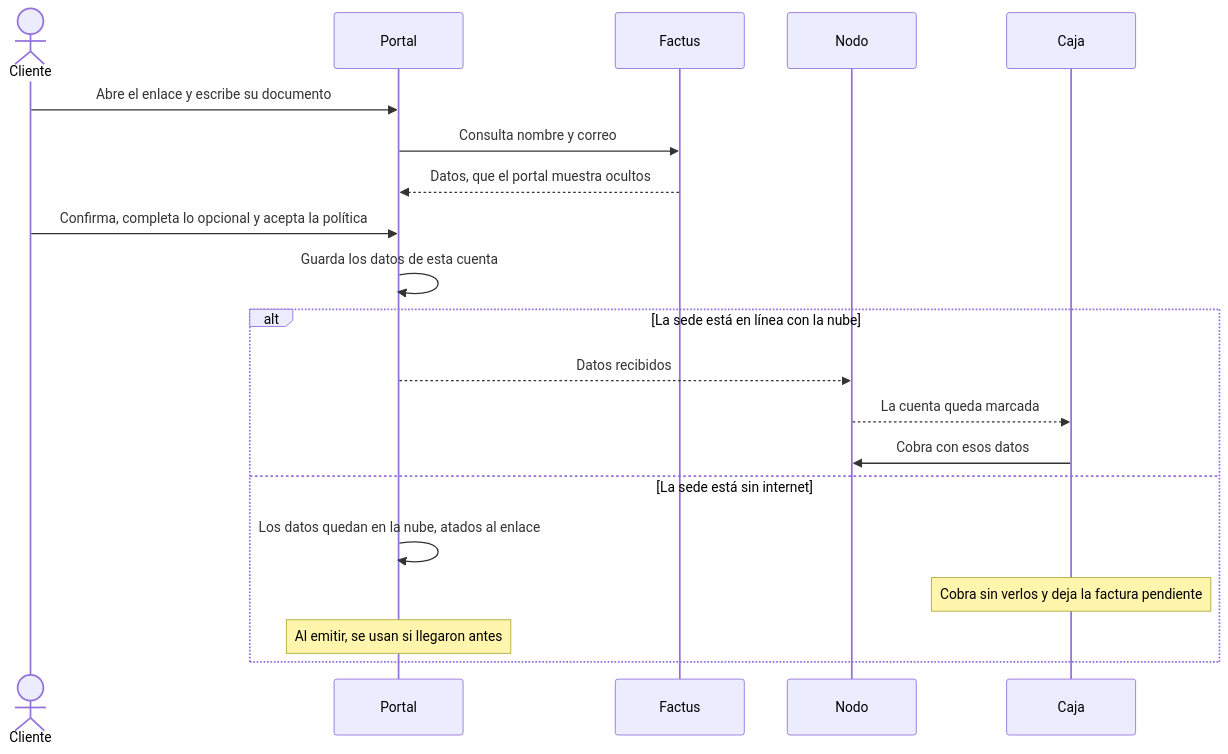
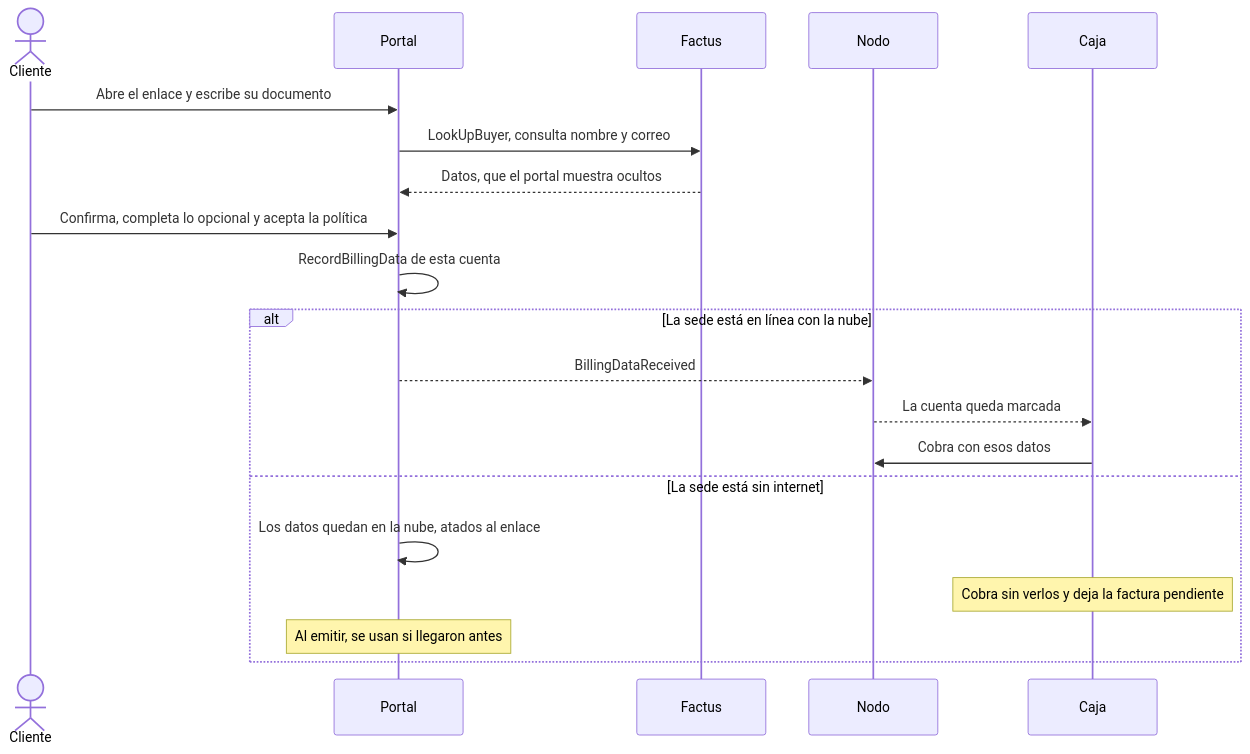
One commit to CesarJOtizM/blackHole changed the third of 5 diagrams in docs/flujos/m3-facturacion.md. Above: the diagram before and after it, drawn with Mermaid. The commit also changed other lines of this file and 159 other files, not shown here.

````diff
--- a/docs/flujos/m3-facturacion.md
+++ b/docs/flujos/m3-facturacion.md
@@ -67,23 +66,23 @@
 ```mermaid
 sequenceDiagram
   actor Cliente
   participant Portal as Portal
   participant Factus
   participant Nodo
   participant Caja
 
   Cliente->>Portal: Abre el enlace y escribe su documento
-  Portal->>Factus: Consulta nombre y correo
+  Portal->>Factus: LookUpBuyer, consulta nombre y correo
   Factus-->>Portal: Datos, que el portal muestra ocultos
   Cliente->>Portal: Confirma, completa lo opcional y acepta la política
-  Portal->>Portal: Guarda los datos de esta cuenta
+  Portal->>Portal: RecordBillingData de esta cuenta
   alt La sede está en línea con la nube
-    Portal-->>Nodo: Datos recibidos
+    Portal-->>Nodo: BillingDataReceived
     Nodo-->>Caja: La cuenta queda marcada
     Caja->>Nodo: Cobra con esos datos
   else La sede está sin internet
     Portal->>Portal: Los datos quedan en la nube, atados al enlace
     Note over Caja: Cobra sin verlos y deja la factura pendiente
     Note over Portal: Al emitir, se usan si llegaron antes
   end
 ```
````
